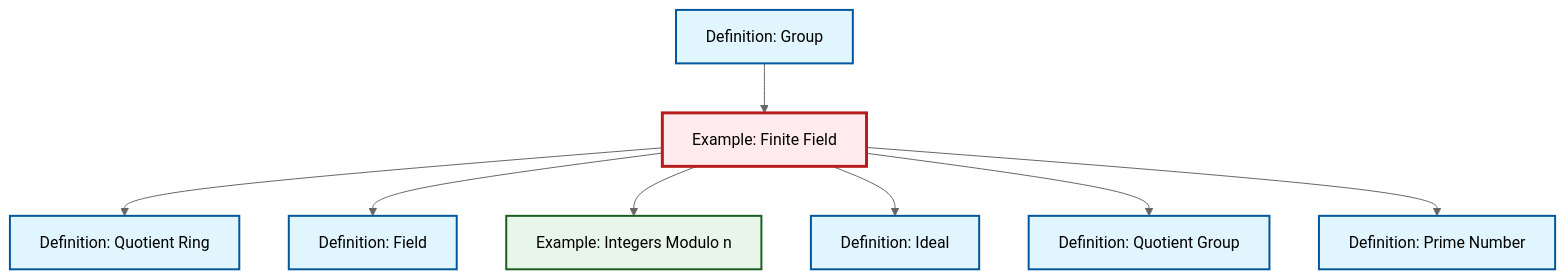
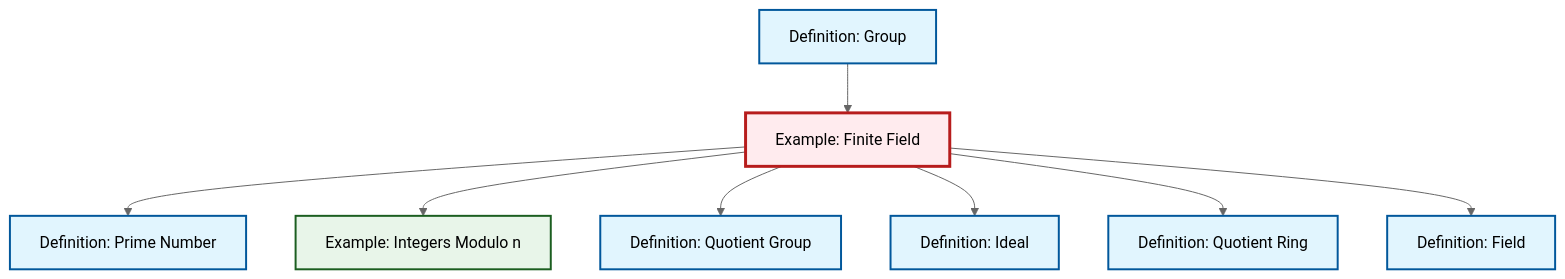
Before and after one commit to RK0429/ModernMath: the diagram in content/en/algebra/ex-finite-field.qmd, drawn with Mermaid (neutral theme). The commit also changed other lines of this file and 634 other files, not shown here.

First line of the commit message:
feat: Add prime ideal definition with comprehensive cross-references

````diff
--- a/content/en/algebra/ex-finite-field.qmd
+++ b/content/en/algebra/ex-finite-field.qmd
@@ -66,32 +66,32 @@
 ```{mermaid}
 %%| fig-cap: "Local dependency graph"
 graph TD
     classDef definition fill:#e1f5fe,stroke:#01579b,stroke-width:2px
     classDef theorem fill:#f3e5f5,stroke:#4a148c,stroke-width:2px
     classDef axiom fill:#fff3e0,stroke:#e65100,stroke-width:2px
     classDef example fill:#e8f5e9,stroke:#1b5e20,stroke-width:2px
     classDef current fill:#ffebee,stroke:#b71c1c,stroke-width:3px
-    def-prime["Definition: Prime Number"]:::definition
-    ex-finite-field["Example: Finite Field"]:::example
     def-group["Definition: Group"]:::definition
-    def-ideal["Definition: Ideal"]:::definition
+    def-quotient-ring["Definition: Quotient Ring"]:::definition
     def-quotient-group["Definition: Quotient Group"]:::definition
     ex-quotient-integers-mod-n["Example: Integers Modulo n"]:::example
-    def-quotient-ring["Definition: Quotient Ring"]:::definition
+    ex-finite-field["Example: Finite Field"]:::example
     def-field["Definition: Field"]:::definition
+    def-prime["Definition: Prime Number"]:::definition
+    def-ideal["Definition: Ideal"]:::definition
+    def-group --> ex-finite-field
+    ex-finite-field --> def-prime
+    ex-finite-field --> ex-quotient-integers-mod-n
+    ex-finite-field --> def-quotient-group
+    ex-finite-field --> def-ideal
     ex-finite-field --> def-quotient-ring
     ex-finite-field --> def-field
-    def-group --> ex-finite-field
-    ex-finite-field --> ex-quotient-integers-mod-n
-    ex-finite-field --> def-ideal
-    ex-finite-field --> def-quotient-group
-    ex-finite-field --> def-prime
     class ex-finite-field current
-    click def-prime "def-prime.html" "Go to Prime Number definition"
     click def-group "def-group.html" "Go to Group definition"
-    click def-ideal "def-ideal.html" "Go to Ideal definition"
+    click def-quotient-ring "def-quotient-ring.html" "Go to Quotient Ring definition"
     click def-quotient-group "def-quotient-group.html" "Go to Quotient Group definition"
     click ex-quotient-integers-mod-n "ex-quotient-integers-mod-n.html" "Go to Integers Modulo n example"
-    click def-quotient-ring "def-quotient-ring.html" "Go to Quotient Ring definition"
     click def-field "def-field.html" "Go to Field definition"
+    click def-prime "def-prime.html" "Go to Prime Number definition"
+    click def-ideal "def-ideal.html" "Go to Ideal definition"
 ```
````
